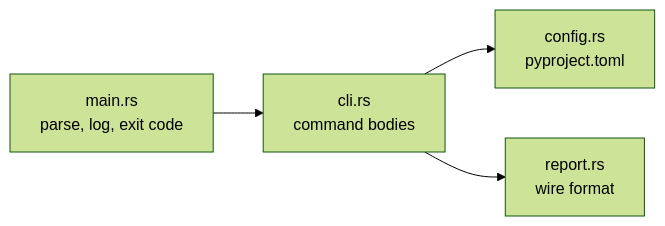
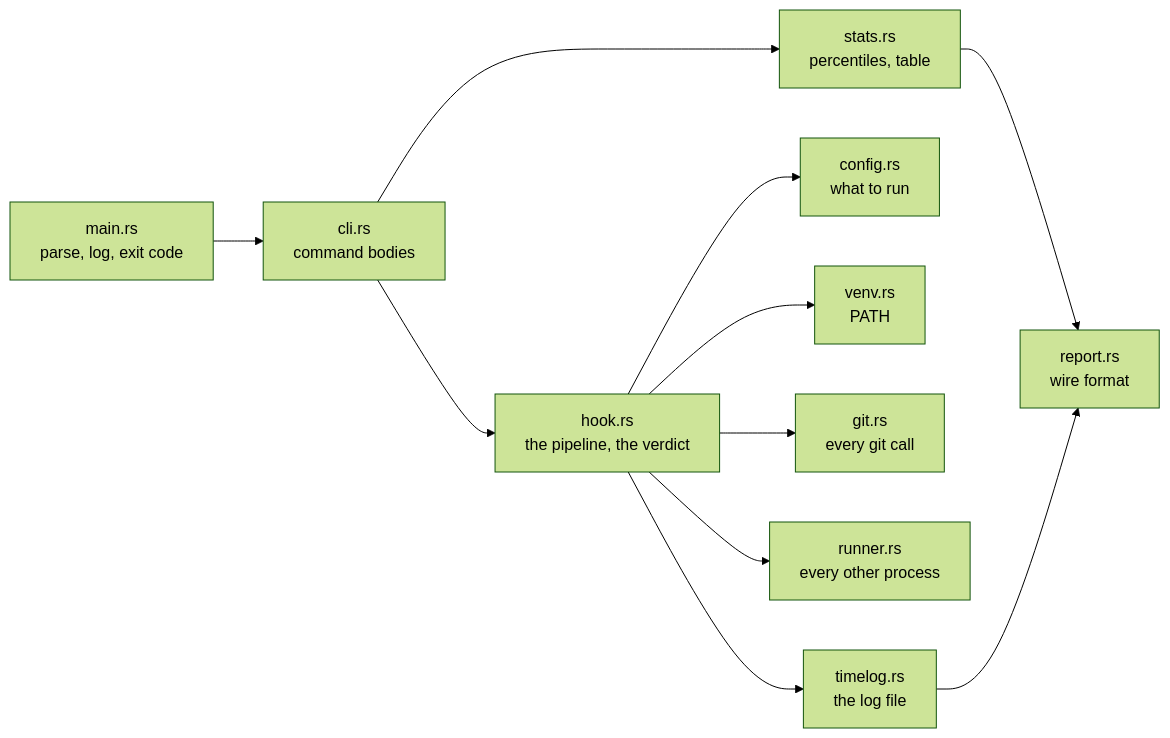
Before and after one commit to mojzis/madoqua: the second of 2 diagrams in docs/src/how-it-works.md, drawn with Mermaid (forest theme). The commit also changed other lines of this file and 37 other files, not shown here.

````diff
--- a/docs/src/how-it-works.md
+++ b/docs/src/how-it-works.md
@@ -7,6 +27,13 @@
 ```mermaid
 flowchart LR
     main[main.rs<br/>parse, log, exit code] --> cli[cli.rs<br/>command bodies]
-    cli --> config[config.rs<br/>pyproject.toml]
-    cli --> report[report.rs<br/>wire format]
+    cli --> hook[hook.rs<br/>the pipeline, the verdict]
+    cli --> stats[stats.rs<br/>percentiles, table]
+    hook --> config[config.rs<br/>what to run]
+    hook --> venv[venv.rs<br/>PATH]
+    hook --> git[git.rs<br/>every git call]
+    hook --> runner[runner.rs<br/>every other process]
+    hook --> timelog[timelog.rs<br/>the log file]
+    stats --> report[report.rs<br/>wire format]
+    timelog --> report
 ```
````
